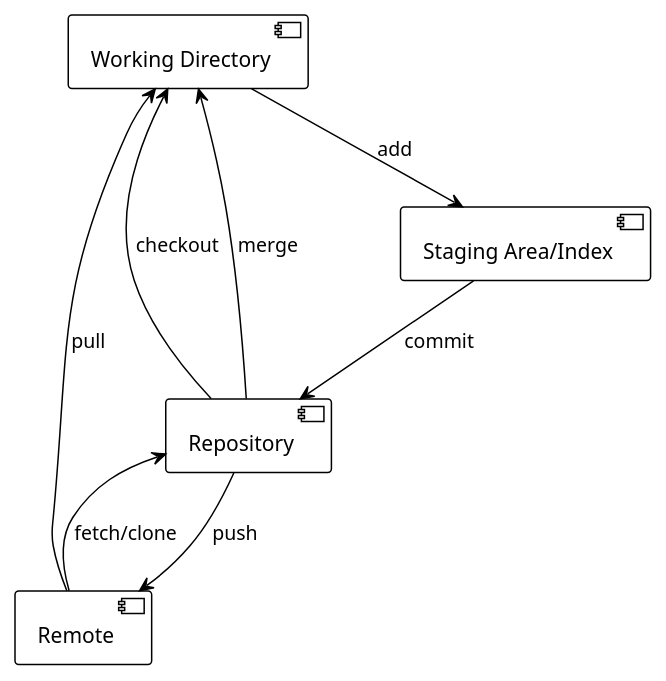
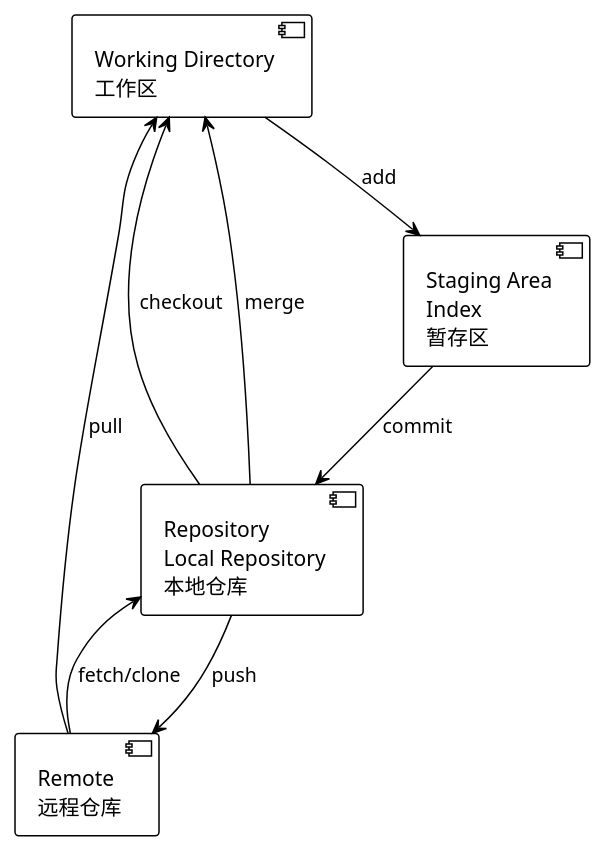
Before and after one commit to wiloon/blog: the diagram in content/post/archive-3/git.md, drawn with PlantUML. The commit also changed other lines of this file and 10 other files, not shown here.

````diff
--- a/content/post/archive-3/git.md
+++ b/content/post/archive-3/git.md
@@ -13,16 +12,16 @@
 ```puml
 @startuml
 !theme plain
-[Working Directory] as work
-[Staging Area/Index] as stage
+[Working Directory\n工作区] as work
+[Staging Area\nIndex\n暂存区] as stage
 work --> stage: add
-[Repository] as repo
+[Repository\nLocal Repository\n本地仓库] as repo
 stage --> repo: commit
-[Remote] as remote
+[Remote\n远程仓库] as remote
 repo --> remote: push
 work <-- remote: pull
 remote --> repo: fetch/clone
 repo --> work: checkout
 repo --> work: merge
 @enduml
 ```
````
